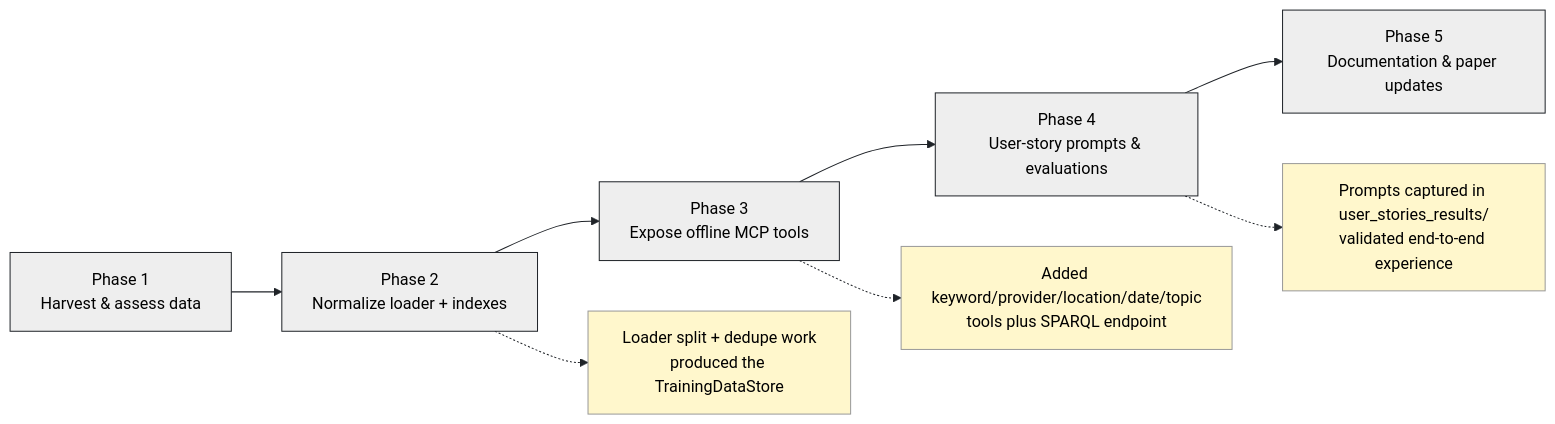
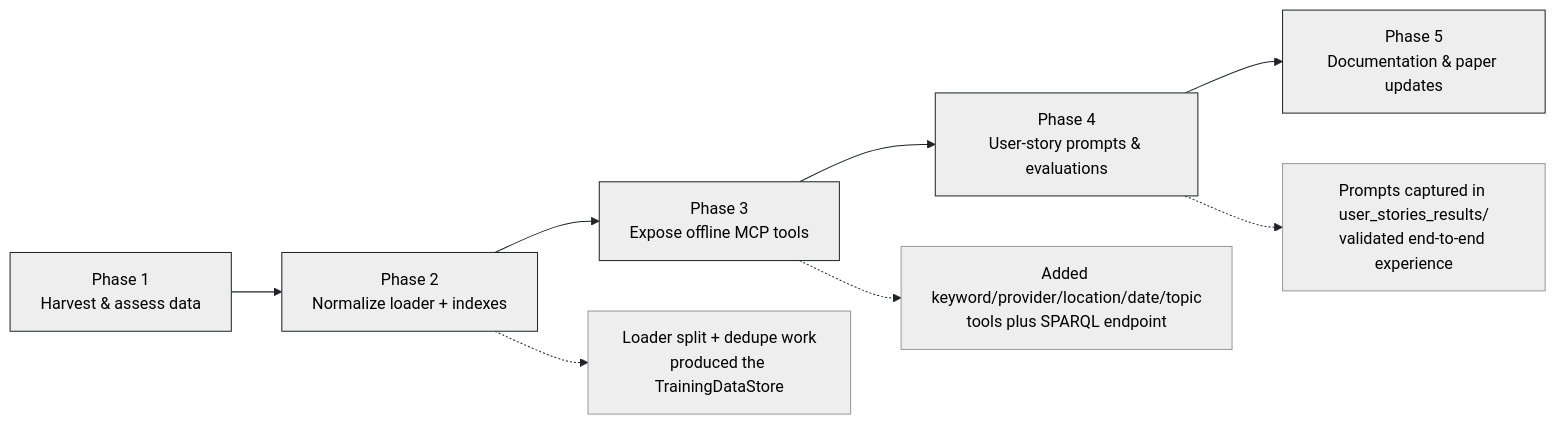
The diagram in docs/diagrams/project-timeline.mmd (elixir-europe-training/ELIXIR-TrP-KG-training-metadata), drawn with Mermaid before and after one commit. The commit also changed 2 other files, not shown here.

```diff
--- a/docs/diagrams/project-timeline.mmd
+++ b/docs/diagrams/project-timeline.mmd
@@ -1,25 +1,25 @@
 %%{ init: { "theme": "neutral", "themeVariables": {
     "background": "#ffffff",
     "primaryColor": "#ffffff",
     "primaryTextColor": "#1f2328",
     "lineColor": "#1f2328",
     "secondaryColor": "#e5f1ff",
     "tertiaryColor": "#f8fcff",
     "nodeBorder": "#1f2328",
     "edgeLabelBackground": "#ffffff",
     "noteBkgColor": "#fefefe",
     "noteTextColor": "#1f2328"
 } } }%%
 flowchart LR
     A["Phase 1<br/>Harvest & assess data"] --> B["Phase 2<br/>Normalize loader + indexes"]
     B --> C["Phase 3<br/>Expose offline MCP tools"]
     C --> D["Phase 4<br/>User-story prompts & evaluations"]
     D --> E["Phase 5<br/>Documentation & paper updates"]
 
     B -.-> B_note["Loader split + dedupe work<br/>produced the TrainingDataStore"]
     C -.-> C_note["Added keyword/provider/location/date/topic<br/>tools plus SPARQL endpoint"]
     D -.-> D_note["Prompts captured in user_stories_results/<br/>validated end-to-end experience"]
 
-    style B_note fill:#fff7cc,stroke:#999,stroke-width:1px
-    style C_note fill:#fff7cc,stroke:#999,stroke-width:1px
-    style D_note fill:#fff7cc,stroke:#999,stroke-width:1px
+    style B_note stroke:#999,stroke-width:1px
+    style C_note stroke:#999,stroke-width:1px
+    style D_note stroke:#999,stroke-width:1px
```
